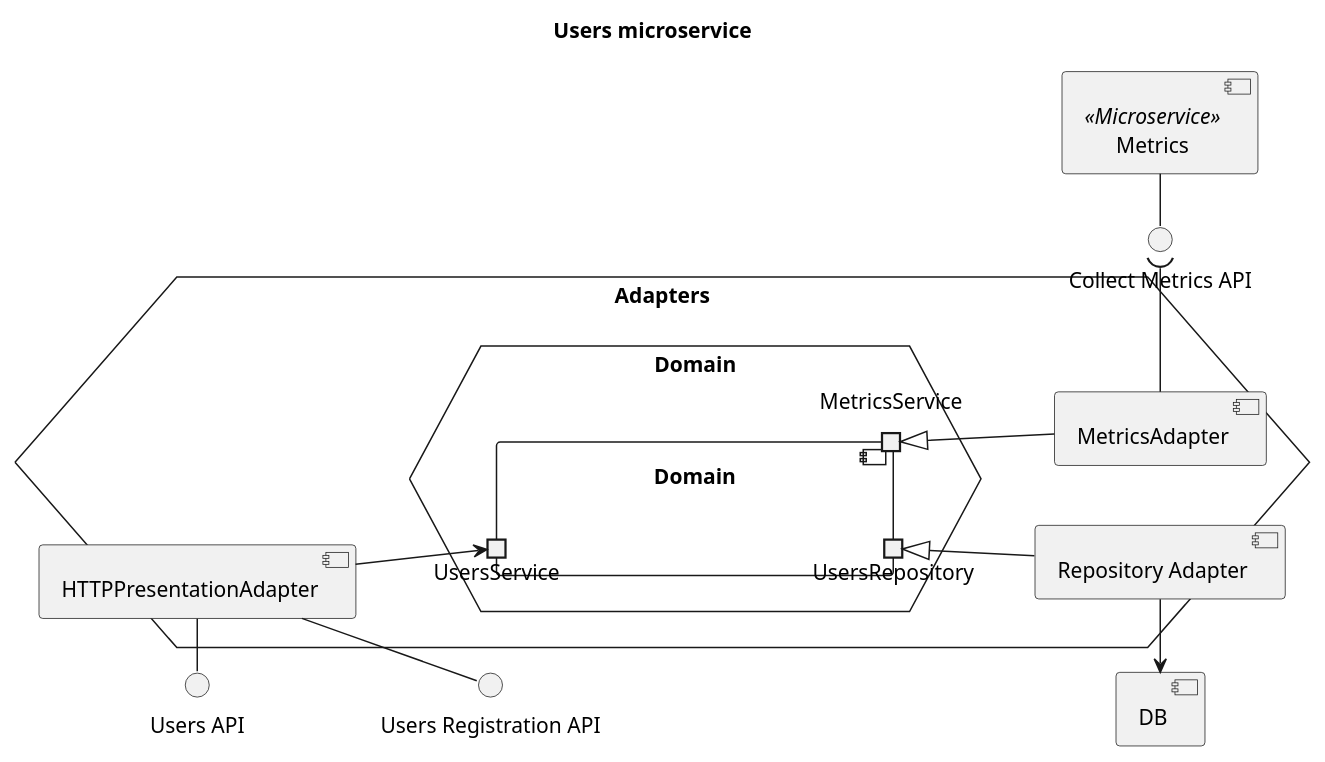
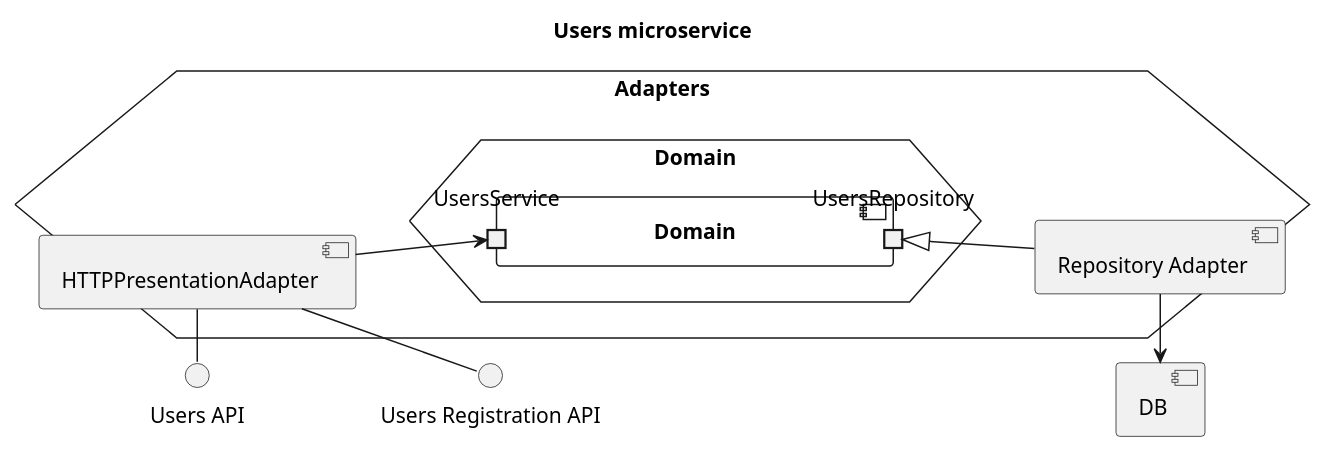
Before and after one commit to Ventus218/SAP-assignment-03: the diagram in doc/diagrams/src/users-components.puml, drawn with PlantUML. The commit also changed 16 other files, not shown here.

Commit message:
removed stuff about metrics service from doc

```diff
--- a/doc/diagrams/src/users-components.puml
+++ b/doc/diagrams/src/users-components.puml
@@ -1,40 +1,31 @@
 @startuml users-components
 
 title "Users microservice"
 
 left to right direction
 
 component "DB"
 interface "Users API" as UsersAPI
 interface "Users Registration API" as UsersRegistrationAPI
-interface "Collect Metrics API" as CollectMetricsAPI
 
 hexagon Adapters {
     hexagon Domain as DomainHex {
         component Domain {
             portout "UsersRepository" as Repo
-            portout MetricsService
             portin UsersService
         }
     }
 
     component "Repository Adapter" as RepoAdapter
     RepoAdapter -u-|> Repo
     RepoAdapter -l-> DB
-
-    component MetricsAdapter
-    MetricsAdapter -u-|> MetricsService
-    MetricsAdapter -r-( CollectMetricsAPI
 
     component "HTTPPresentationAdapter" as HTTPAdapter
     HTTPAdapter -d-> UsersService
     HTTPAdapter -() UsersAPI
     HTTPAdapter -() UsersRegistrationAPI
     ' just for layout
     UsersAPI -[hidden]-> UsersRegistrationAPI
 }
 
-component "Metrics" as Metrics <<Microservice>>
-Metrics -r-() CollectMetricsAPI
-
 @enduml
```
